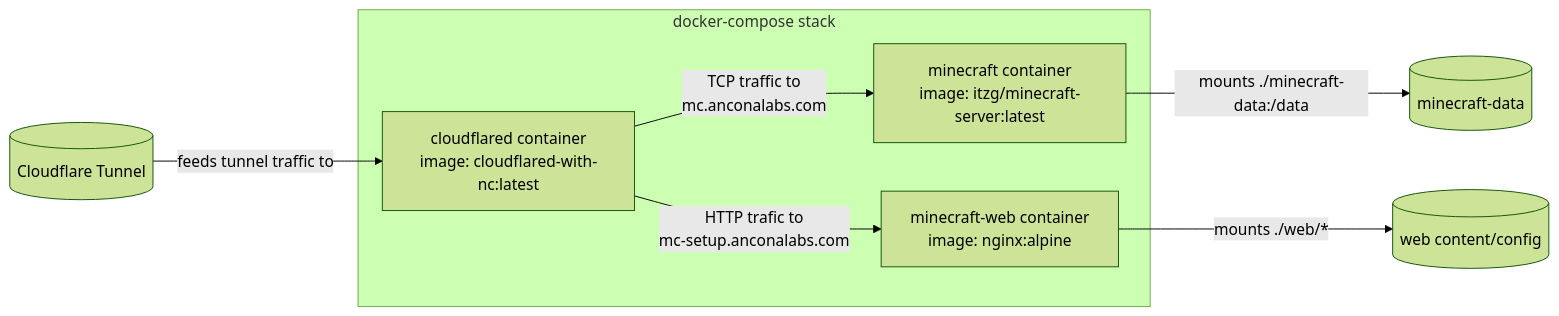
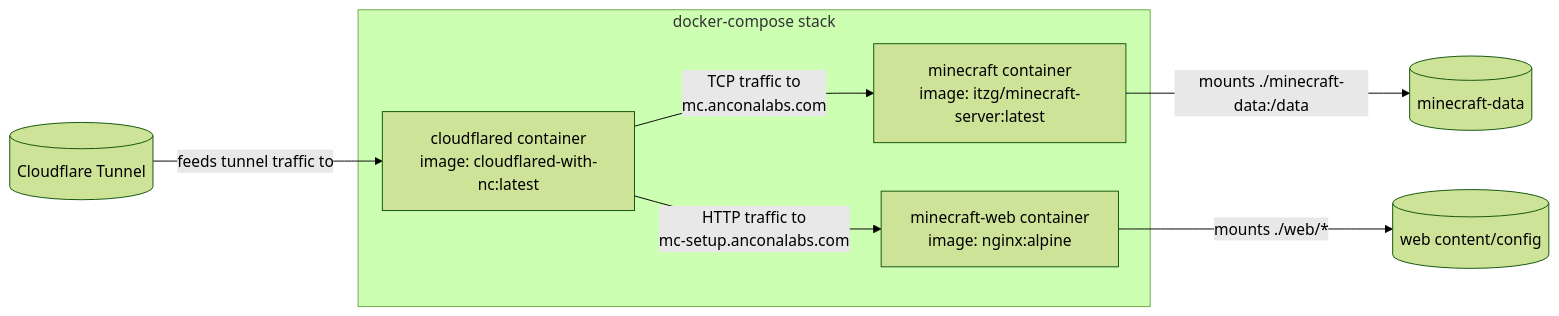
Before and after one commit to anconet/minecraftExternalServerSetup: the diagram in README.md, drawn with Mermaid (forest theme). The commit also changed other lines of this file, not shown here.

````diff
--- a/README.md
+++ b/README.md
@@ -5,15 +5,15 @@
 ```mermaid
 flowchart LR
 	subgraph Compose[docker-compose stack]
-		CF[cloudflared container\nimage: cloudflared-with-nc:latest]
-		MC[minecraft container\nimage: itzg/minecraft-server:latest]
-		WEB[minecraft-web container\nimage: nginx:alpine]
+		CF["cloudflared container<br/>image: cloudflared-with-nc:latest"]
+		MC["minecraft container<br/>image: itzg/minecraft-server:latest"]
+		WEB["minecraft-web container<br/>image: nginx:alpine"]
 	end
 
-	CF -->|TCP traffic to\n mc.anconalabs.com| MC
+	CF -->|"TCP traffic to<br/>mc.anconalabs.com"| MC
 	CLOUDFLARE[(Cloudflare Tunnel)] -->|feeds tunnel traffic to| CF
-	CF -->|HTTP trafic to\n mc-setup.anconalabs.com| WEB
+	CF -->|"HTTP traffic to<br/>mc-setup.anconalabs.com"| WEB
 
 	MC -->|mounts ./minecraft-data:/data| MC_DATA[(minecraft-data)]
 	WEB -->|mounts ./web/*| WEB_FILES[(web content/config)]
 ```
````
